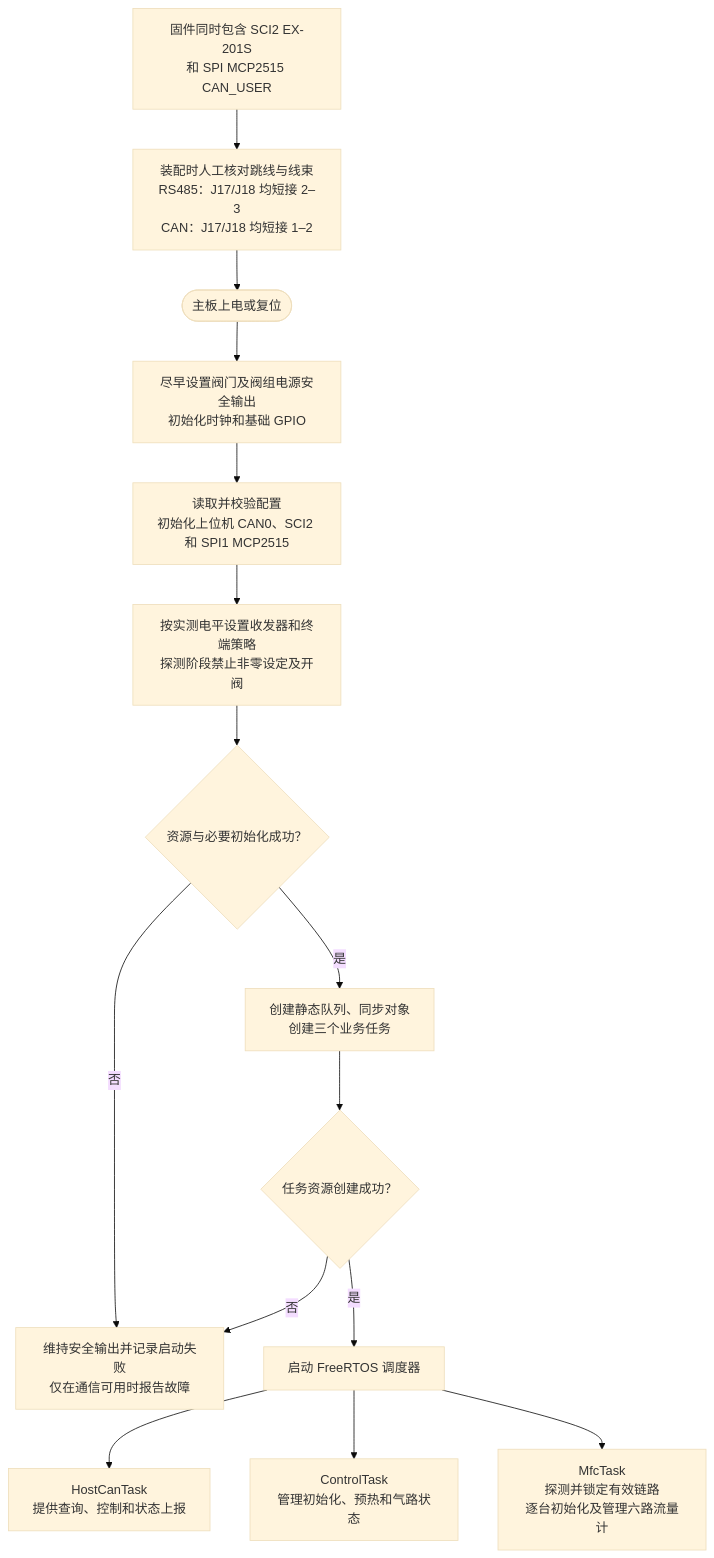
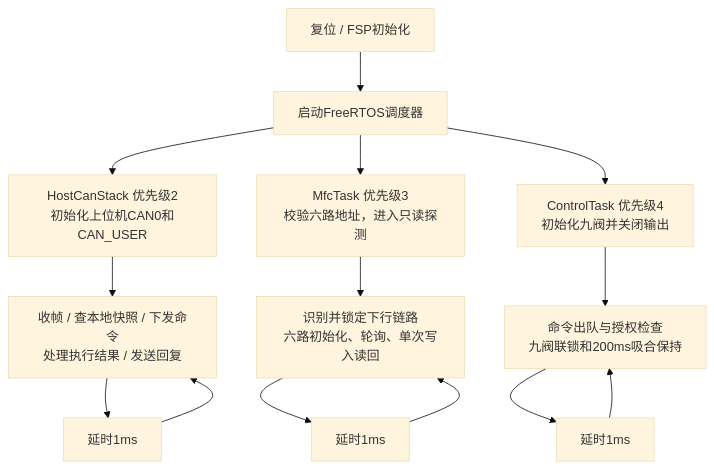
One commit to WIZYAN/gas-flowmeter-control changed the first of 5 diagrams in doc/Design Document/Design Statement/主板软件运行流程-FreeRTOS.md. Above: the diagram before and after it, drawn with Mermaid (base theme). The commit also changed other lines of this file and 11 other files, not shown here.

````diff
--- a/doc/Design Document/Design Statement/主板软件运行流程-FreeRTOS.md
+++ b/doc/Design Document/Design Statement/主板软件运行流程-FreeRTOS.md
@@ -17,17 +9,13 @@
 ```mermaid
 flowchart TD
-    B0[固件同时包含 SCI2 EX-201S<br/>和 SPI MCP2515 CAN_USER] --> B1[装配时人工核对跳线与线束<br/>RS485：J17/J18 均短接 2–3<br/>CAN：J17/J18 均短接 1–2]
-    B1 --> S0([主板上电或复位])
-    S0 --> S1[尽早设置阀门及阀组电源安全输出<br/>初始化时钟和基础 GPIO]
-    S1 --> S2[读取并校验配置<br/>初始化上位机 CAN0、SCI2 和 SPI1 MCP2515]
-    S2 --> S3[按实测电平设置收发器和终端策略<br/>探测阶段禁止非零设定及开阀]
-    S3 --> S4{资源与必要初始化成功？}
-    S4 -->|否| SE[维持安全输出并记录启动失败<br/>仅在通信可用时报告故障]
-    S4 -->|是| S5[创建静态队列、同步对象<br/>创建三个业务任务]
-    S5 --> S6{任务资源创建成功？}
-    S6 -->|否| SE
-    S6 -->|是| S7[启动 FreeRTOS 调度器]
-    S7 --> H[HostCanTask<br/>提供查询、控制和状态上报]
-    S7 --> C[ControlTask<br/>管理初始化、预热和气路状态]
-    S7 --> M[MfcTask<br/>探测并锁定有效链路<br/>逐台初始化及管理六路流量计]
+    BOOT[复位 / FSP初始化] --> RTOS[启动FreeRTOS调度器]
+    RTOS --> HOST[HostCanStack 优先级2<br/>初始化上位机CAN0和CAN_USER]
+    RTOS --> MFC[MfcTask 优先级3<br/>校验六路地址，进入只读探测]
+    RTOS --> CONTROL[ControlTask 优先级4<br/>初始化九阀并关闭输出]
+    HOST --> HLOOP[收帧 / 查本地快照 / 下发命令<br/>处理执行结果 / 发送回复]
+    MFC --> MLOOP[识别并锁定下行链路<br/>六路初始化、轮询、单次写入读回]
+    CONTROL --> CLOOP[命令出队与授权检查<br/>九阀联锁和200ms吸合保持]
+    HLOOP --> HD[延时1ms] --> HLOOP
+    MLOOP --> MD[延时1ms] --> MLOOP
+    CLOOP --> CD[延时1ms] --> CLOOP
 ```
````
